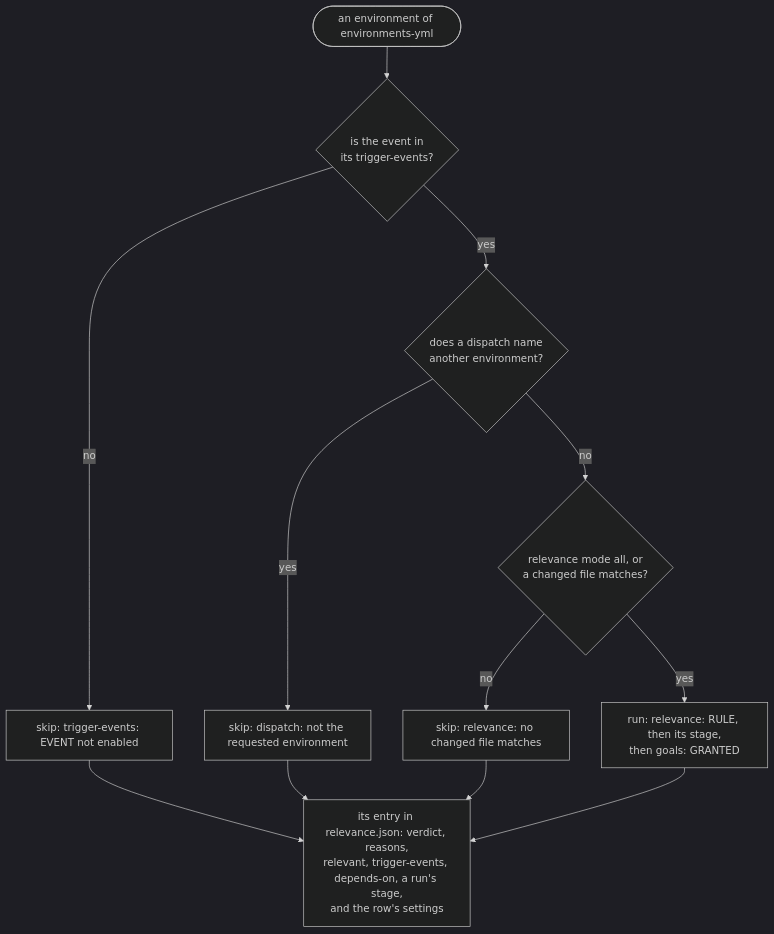
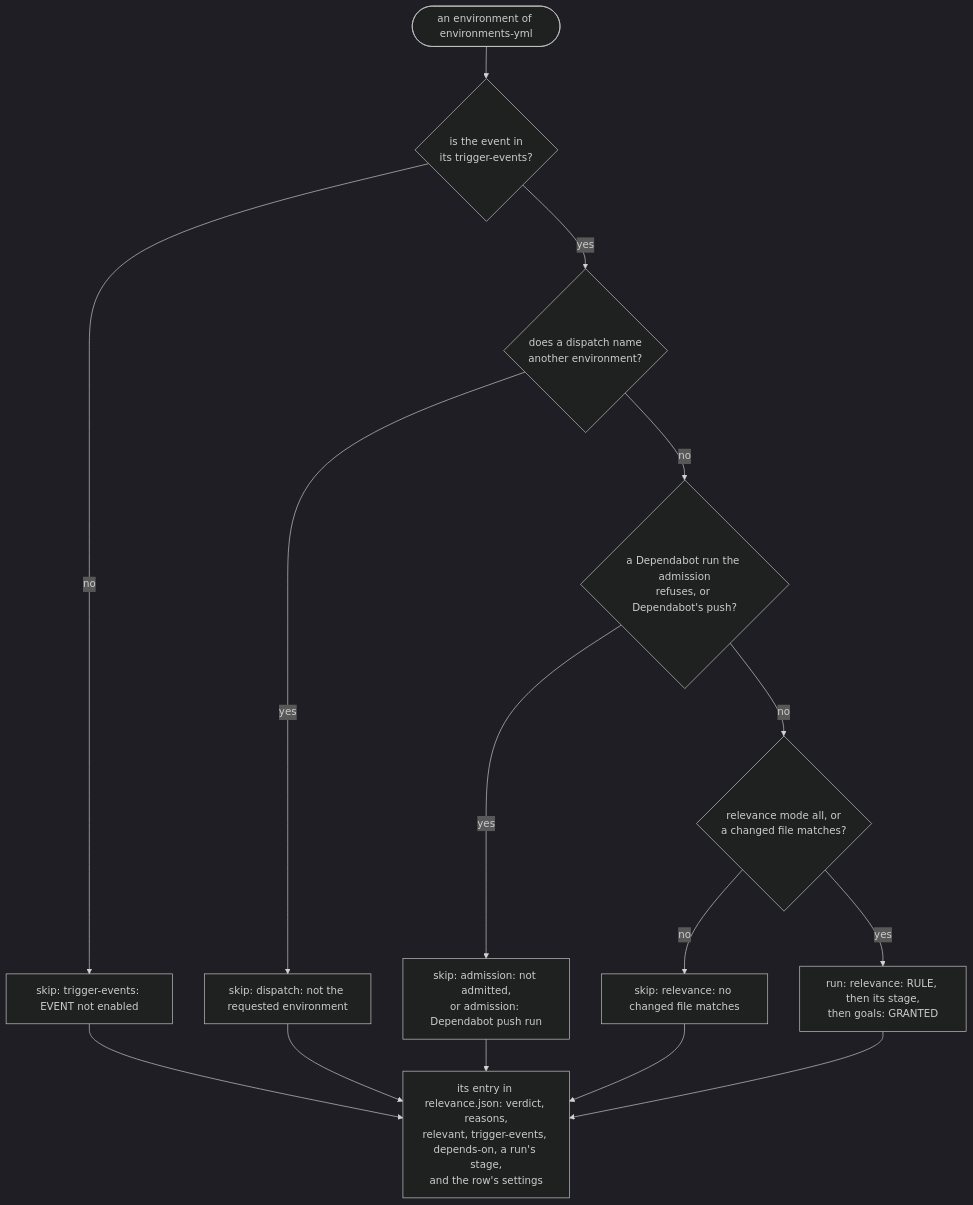
The third of 3 diagrams in docs/Decision-engine.md (dsb-norge/github-actions-terraform), drawn with Mermaid (dark theme) before and after one commit. The commit also changed other lines of this file and 10 other files, not shown here.

First line of the commit message:
docs: the Dependabot admission in the guides and the specs

````diff
--- a/docs/Decision-engine.md
+++ b/docs/Decision-engine.md
@@ -460,11 +468,13 @@
 ```mermaid
 flowchart TD
   env(["an environment of environments-yml"]) --> te{"is the event in<br/>its trigger-events?"}
   te -->|no| s1["skip: trigger-events: EVENT not enabled"]
   te -->|yes| dn{"does a dispatch name<br/>another environment?"}
   dn -->|yes| s2["skip: dispatch: not the requested environment"]
-  dn -->|no| rel{"relevance mode all, or<br/>a changed file matches?"}
+  dn -->|no| adm{"a Dependabot run the admission<br/>refuses, or Dependabot's push?"}
+  adm -->|yes| s2a["skip: admission: not admitted,<br/>or admission: Dependabot push run"]
+  adm -->|no| rel{"relevance mode all, or<br/>a changed file matches?"}
   rel -->|no| s3["skip: relevance: no changed file matches"]
   rel -->|yes| run["run: relevance: RULE, then its stage,<br/>then goals: GRANTED"]
-  s1 & s2 & s3 & run --> entry["its entry in relevance.json: verdict, reasons,<br/>relevant, trigger-events, depends-on, a run's stage,<br/>and the row's settings"]
+  s1 & s2 & s2a & s3 & run --> entry["its entry in relevance.json: verdict, reasons,<br/>relevant, trigger-events, depends-on, a run's stage,<br/>and the row's settings"]
 ```
````
